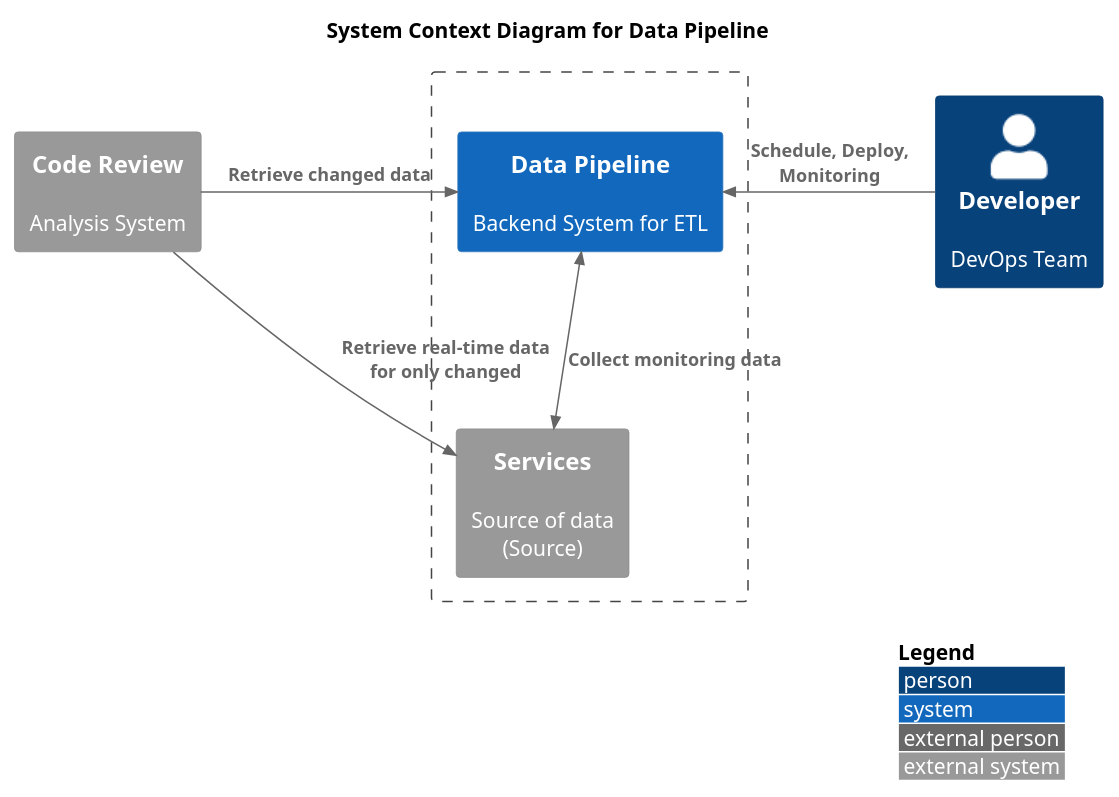
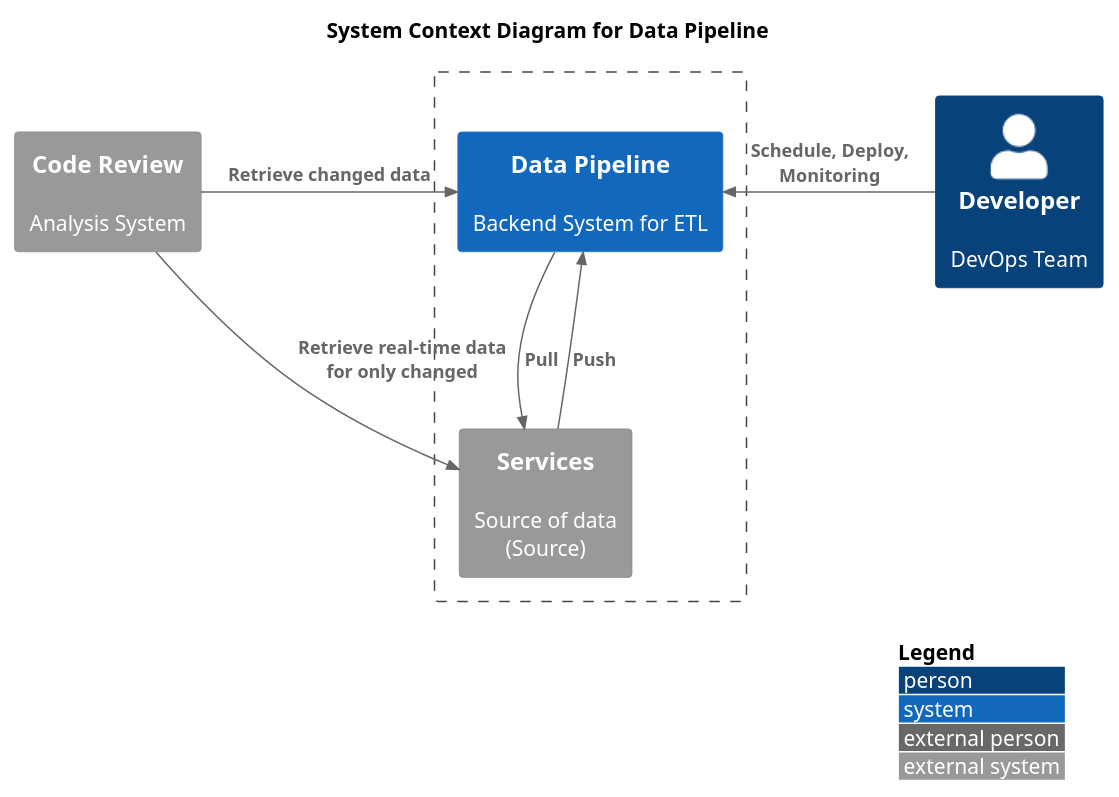
Before and after one commit to yanghoon/obsidian-workspace: the first of 2 diagrams in _diary/2024-06-19.md, drawn with PlantUML.

Commit message:
vault backup: 2024-06-21 19:29:01

````diff
--- a/_diary/2024-06-19.md
+++ b/_diary/2024-06-19.md
@@ -3,20 +3,21 @@
 ```plantuml
 !include <C4/C4_Context.puml>
 
 LAYOUT_TOP_DOWN()
 LAYOUT_WITH_LEGEND()
 
 title System Context Diagram for Data Pipeline
 
 System_Ext(analysis, "Code Review", "Analysis System")
 Boundary(system, "") {
 	System_Ext(service, "Services", "Source of data\n(Source)")
 	System(app, "Data Pipeline", "Backend System for ETL")
 }
 Person(developer, "Developer", "DevOps Team")
 
 Rel_Right(analysis, app, "Retrieve changed data")
 Rel_Right(analysis, service, "Retrieve real-time data for only changed")
 Rel_Left(developer, app, "Schedule, Deploy, Monitoring")
-BiRel_Down(app, service, "Collect monitoring data")
+Rel_Down(app, service, "Pull")
+Rel_Down(service, app, "Push")
 ```
````
